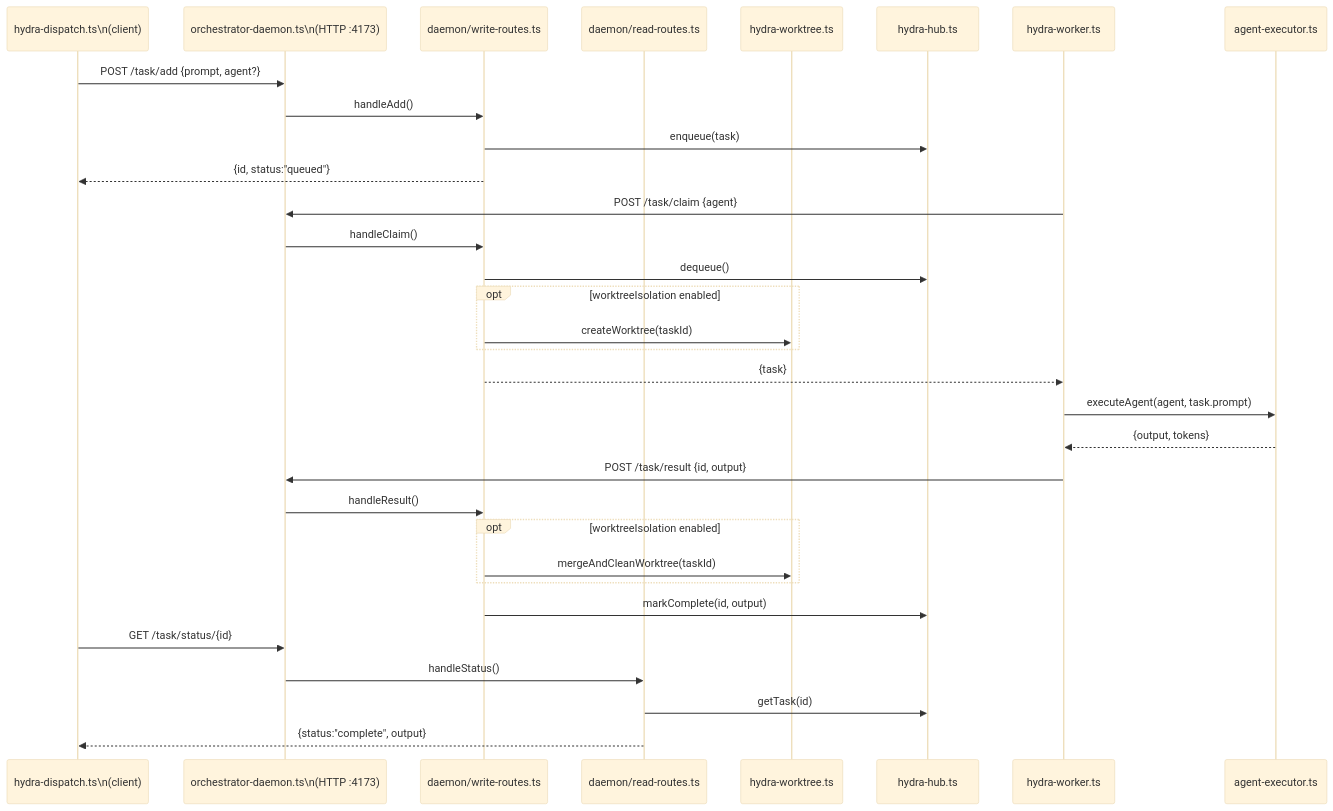
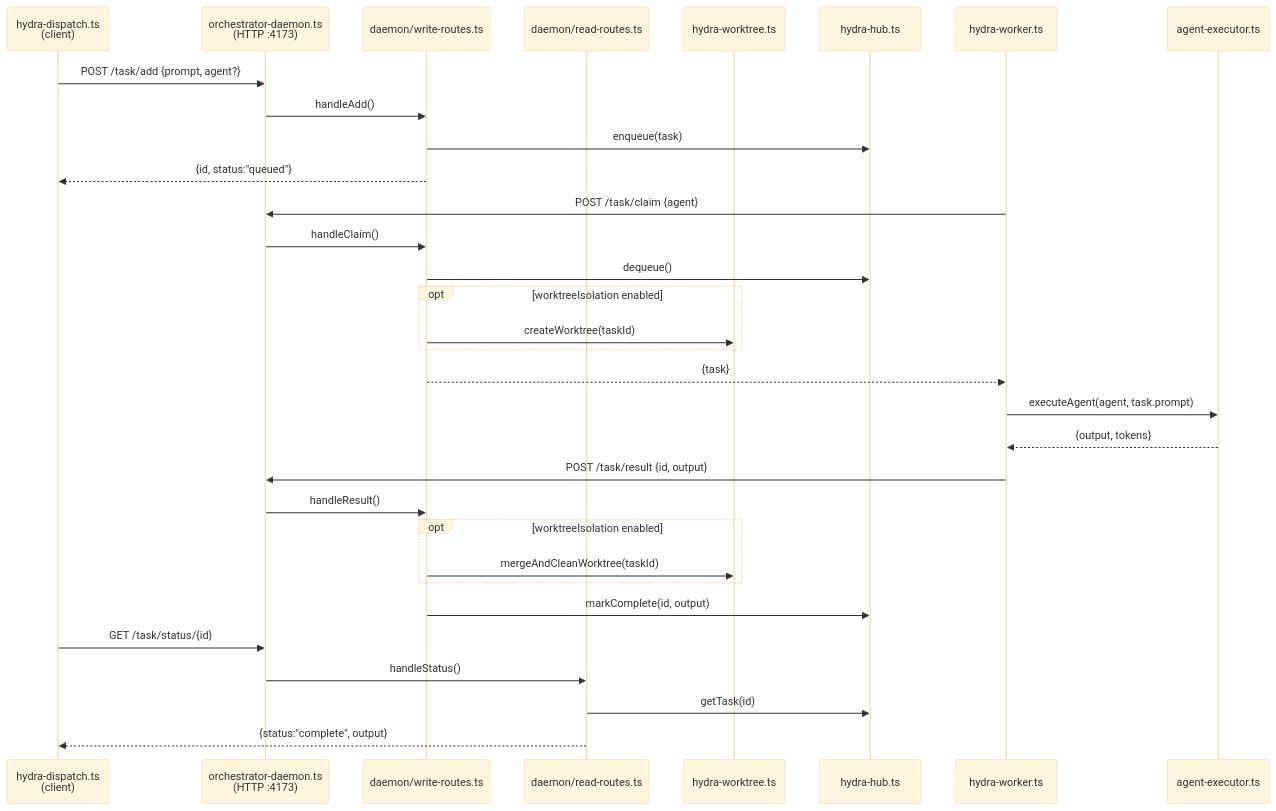
One commit to mikecubed/Hydra changed the ninth of 14 diagrams in docs/DEPENDENCY_DIAGRAMS.md. Above: the diagram before and after it, drawn with Mermaid (base theme). The commit also changed other lines of this file and 14 other files, not shown here.

````diff
--- a/docs/DEPENDENCY_DIAGRAMS.md
+++ b/docs/DEPENDENCY_DIAGRAMS.md
@@ -673,39 +673,39 @@
 ```mermaid
 sequenceDiagram
-  participant CLI as hydra-dispatch.ts\n(client)
-  participant HTTP as orchestrator-daemon.ts\n(HTTP :4173)
+  participant CLI as hydra-dispatch.ts<br/>(client)
+  participant HTTP as orchestrator-daemon.ts<br/>(HTTP :4173)
   participant WR as daemon/write-routes.ts
   participant RR as daemon/read-routes.ts
   participant WT as hydra-worktree.ts
   participant HUB as hydra-hub.ts
   participant WK as hydra-worker.ts
   participant EX as agent-executor.ts
 
   CLI->>HTTP: POST /task/add {prompt, agent?}
   HTTP->>WR: handleAdd()
   WR->>HUB: enqueue(task)
   WR-->>CLI: {id, status:"queued"}
 
   WK->>HTTP: POST /task/claim {agent}
   HTTP->>WR: handleClaim()
   WR->>HUB: dequeue()
   opt worktreeIsolation enabled
     WR->>WT: createWorktree(taskId)
   end
   WR-->>WK: {task}
 
   WK->>EX: executeAgent(agent, task.prompt)
   EX-->>WK: {output, tokens}
 
   WK->>HTTP: POST /task/result {id, output}
   HTTP->>WR: handleResult()
   opt worktreeIsolation enabled
     WR->>WT: mergeAndCleanWorktree(taskId)
   end
   WR->>HUB: markComplete(id, output)
 
   CLI->>HTTP: GET /task/status/{id}
   HTTP->>RR: handleStatus()
   RR->>HUB: getTask(id)
   RR-->>CLI: {status:"complete", output}
 ```
````
